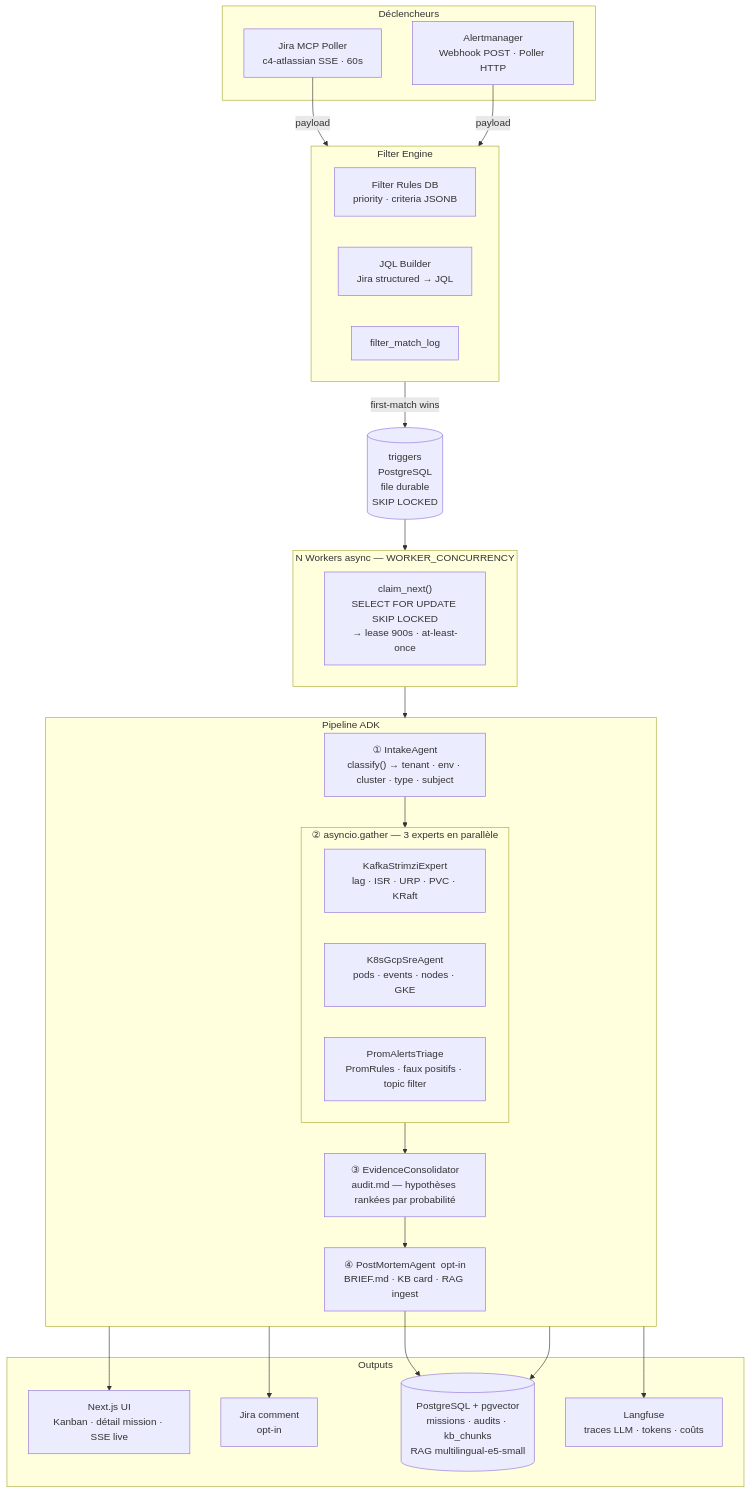
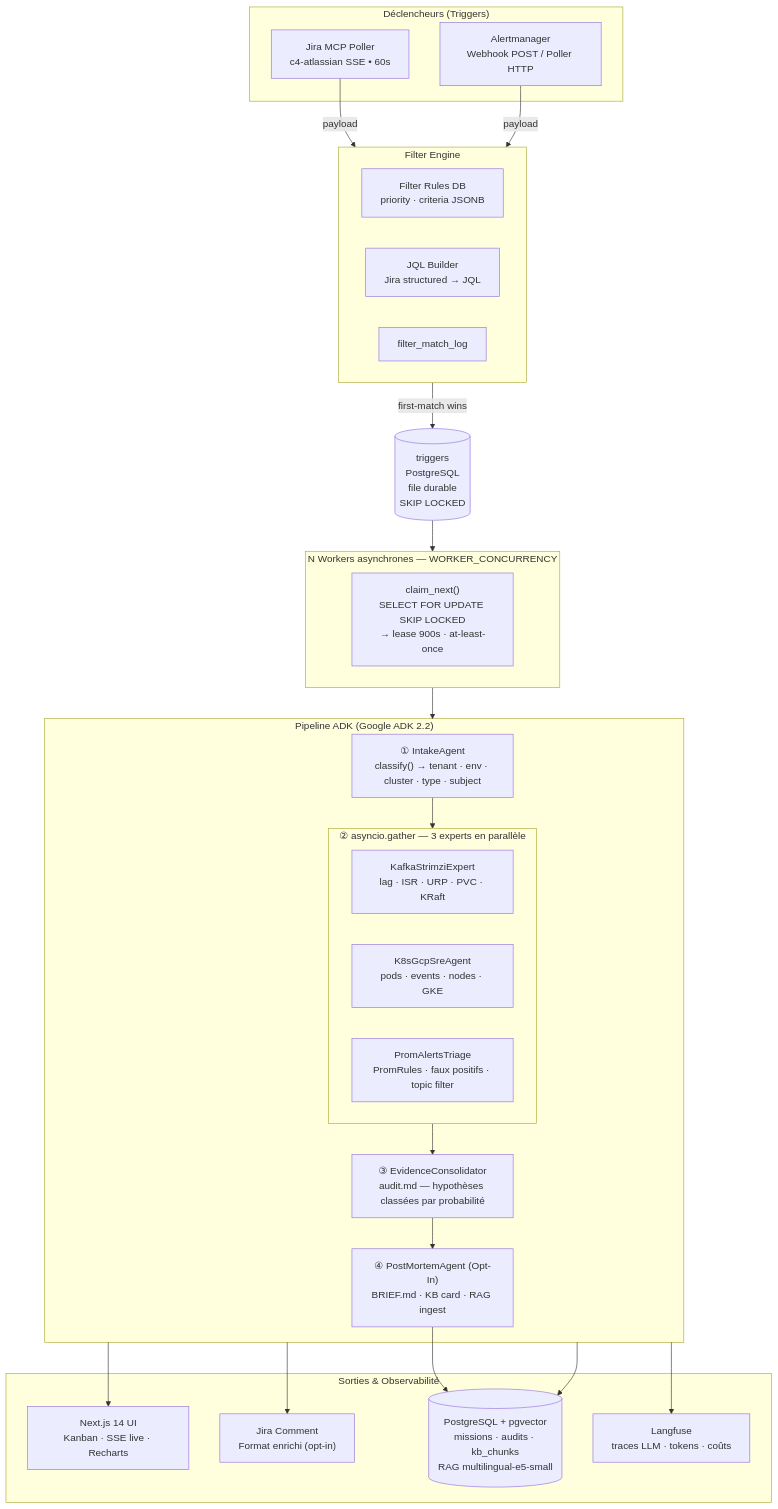
The first of 3 diagrams in README.md (arabaaoui/kafka-agentic-platform), drawn with Mermaid before and after one commit. The commit also changed other lines of this file, not shown here.

````diff
--- a/README.md
+++ b/README.md
@@ -13,51 +58,51 @@
 ```mermaid
 flowchart TD
-    subgraph TRIG["Déclencheurs"]
-        JM["Jira MCP Poller\nc4-atlassian SSE · 60s"]
-        AM["Alertmanager\nWebhook POST · Poller HTTP"]
+    subgraph TRIG["Déclencheurs (Triggers)"]
+        JM["Jira MCP Poller\nc4-atlassian SSE • 60s"]
+        AM["Alertmanager\nWebhook POST / Poller HTTP"]
     end
 
     subgraph FE["Filter Engine"]
         FR["Filter Rules DB\npriority · criteria JSONB"]
         JQL["JQL Builder\nJira structured → JQL"]
         LOG["filter_match_log"]
     end
 
     DB[("triggers\nPostgreSQL\nfile durable\nSKIP LOCKED")]
 
-    subgraph WORK["N Workers async — WORKER_CONCURRENCY"]
+    subgraph WORK["N Workers asynchrones — WORKER_CONCURRENCY"]
         W["claim_next()\nSELECT FOR UPDATE SKIP LOCKED\n→ lease 900s · at-least-once"]
     end
 
-    subgraph PIPE["Pipeline ADK"]
+    subgraph PIPE["Pipeline ADK (Google ADK 2.2)"]
         IA["① IntakeAgent\nclassify() → tenant · env · cluster · type · subject"]
         subgraph PAR["② asyncio.gather — 3 experts en parallèle"]
             KE["KafkaStrimziExpert\nlag · ISR · URP · PVC · KRaft"]
             SRE["K8sGcpSreAgent\npods · events · nodes · GKE"]
             PT["PromAlertsTriage\nPromRules · faux positifs · topic filter"]
         end
-        EC["③ EvidenceConsolidator\naudit.md — hypothèses rankées par probabilité"]
-        PM["④ PostMortemAgent  opt-in\nBRIEF.md · KB card · RAG ingest"]
+        EC["③ EvidenceConsolidator\naudit.md — hypothèses classées par probabilité"]
+        PM["④ PostMortemAgent (Opt-In)\nBRIEF.md · KB card · RAG ingest"]
     end
 
-    subgraph OUT["Outputs"]
-        UI["Next.js UI\nKanban · détail mission · SSE live"]
-        JIRA["Jira comment\nopt-in"]
+    subgraph OUT["Sorties & Observabilité"]
+        UI["Next.js 14 UI\nKanban · SSE live · Recharts"]
+        JIRA["Jira Comment\nFormat enrichi (opt-in)"]
         PGV[("PostgreSQL + pgvector\nmissions · audits · kb_chunks\nRAG multilingual-e5-small")]
         LF["Langfuse\ntraces LLM · tokens · coûts"]
     end
 
     JM -->|payload| FE
     AM -->|payload| FE
     FE -->|first-match wins| DB
     DB --> WORK
     WORK --> PIPE
     IA --> PAR
     PAR --> EC
     EC --> PM
     PIPE --> UI
     PIPE --> JIRA
     PM --> PGV
     PIPE --> LF
     PIPE --> PGV
 ```
````
